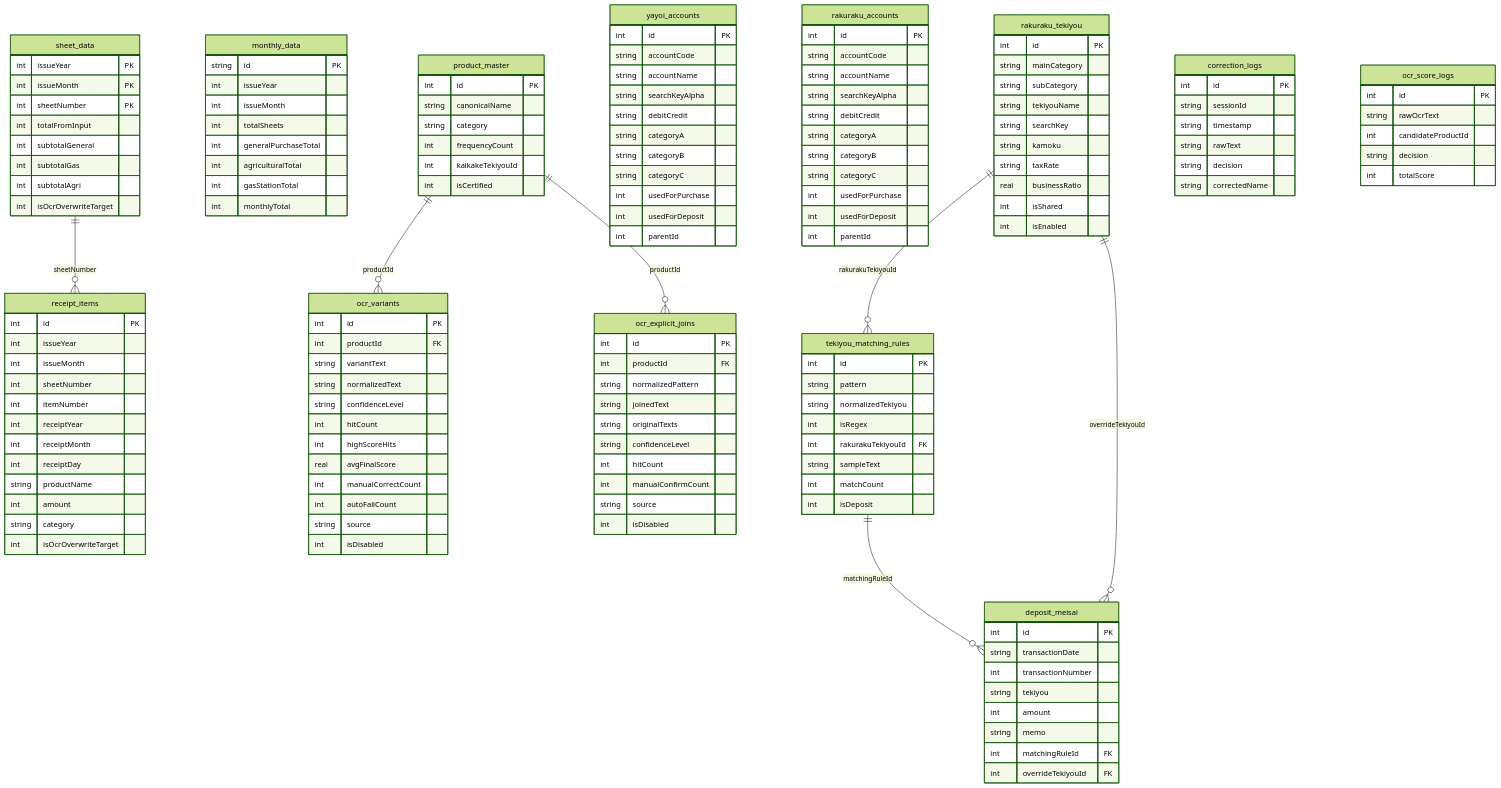
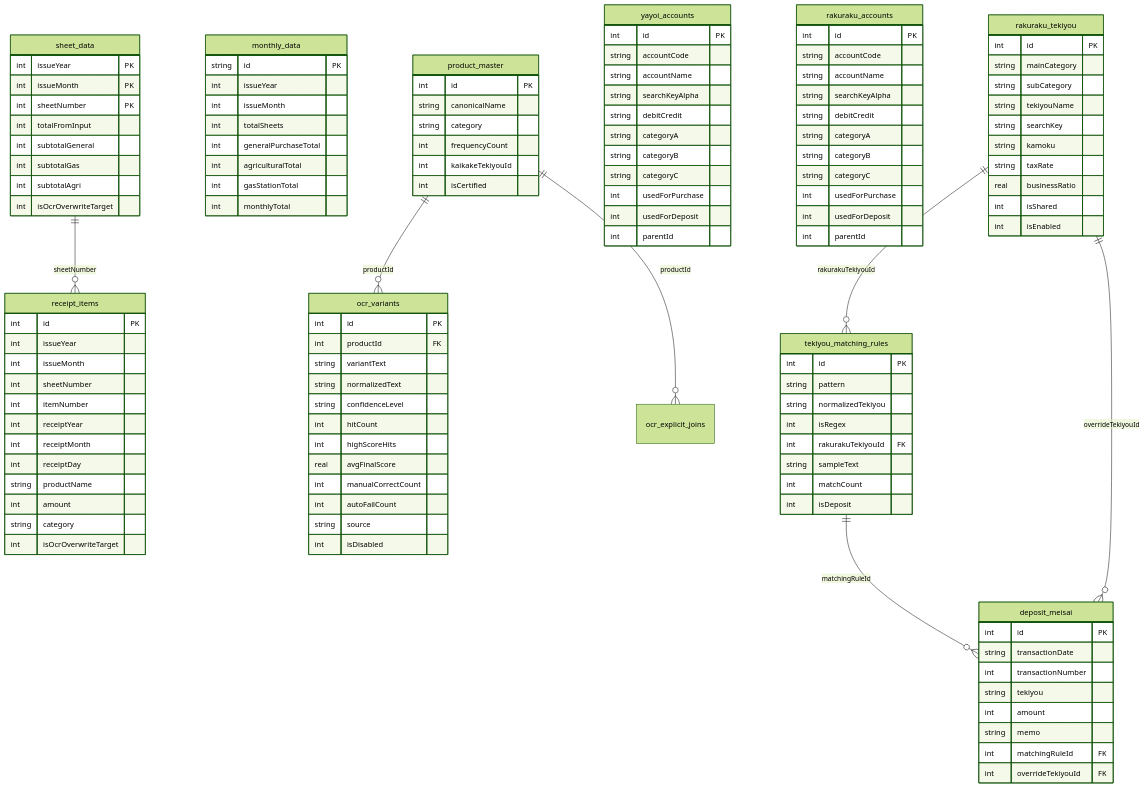
The second of 2 diagrams in docs/functional-design.md (toshi859sti/ReceiptOCR), drawn with Mermaid (forest theme) before and after one commit. The commit also changed other lines of this file and 6 other files, not shown here.

```diff
--- a/docs/functional-design.md
+++ b/docs/functional-design.md
@@ -164,34 +164,6 @@
         int matchCount
         int isDeposit
     }
-    ocr_explicit_joins {
-        int id PK
-        int productId FK
-        string normalizedPattern
-        string joinedText
-        string originalTexts
-        string confidenceLevel
-        int hitCount
-        int manualConfirmCount
-        string source
-        int isDisabled
-    }
-    correction_logs {
-        int id PK
-        string sessionId
-        string timestamp
-        string rawText
-        string decision
-        string correctedName
-    }
-    ocr_score_logs {
-        int id PK
-        string rawOcrText
-        int candidateProductId
-        string decision
-        int totalScore
-    }
-
     sheet_data ||--o{ receipt_items : "sheetNumber"
     product_master ||--o{ ocr_variants : "productId"
     product_master ||--o{ ocr_explicit_joins : "productId"
```
